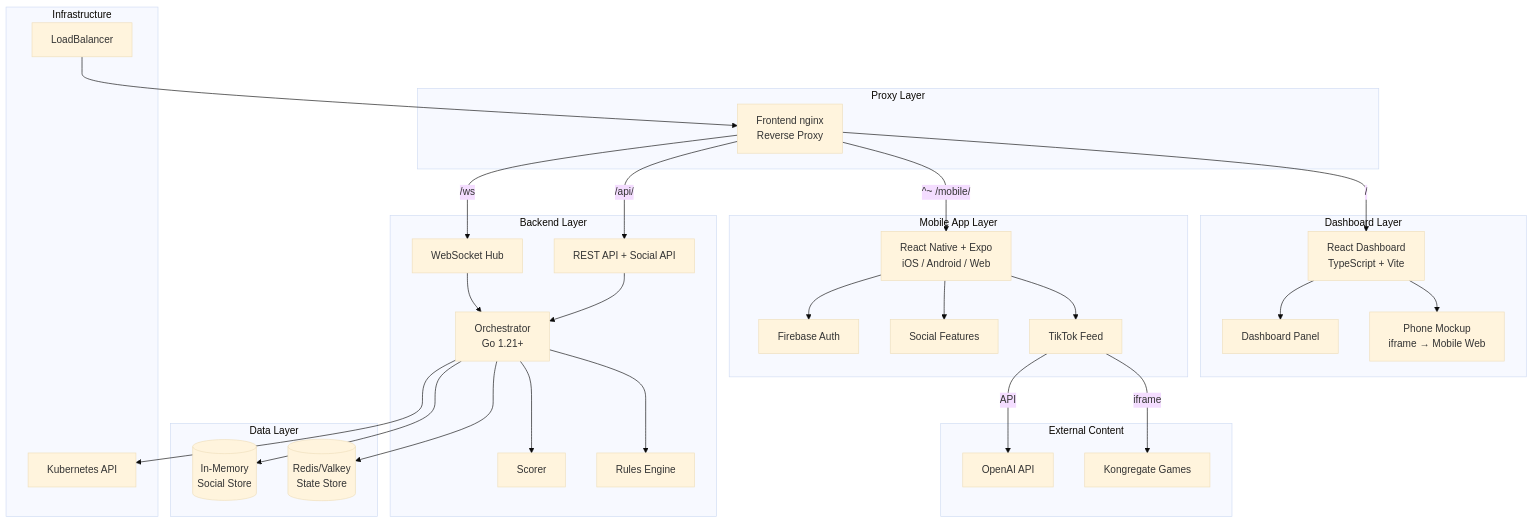
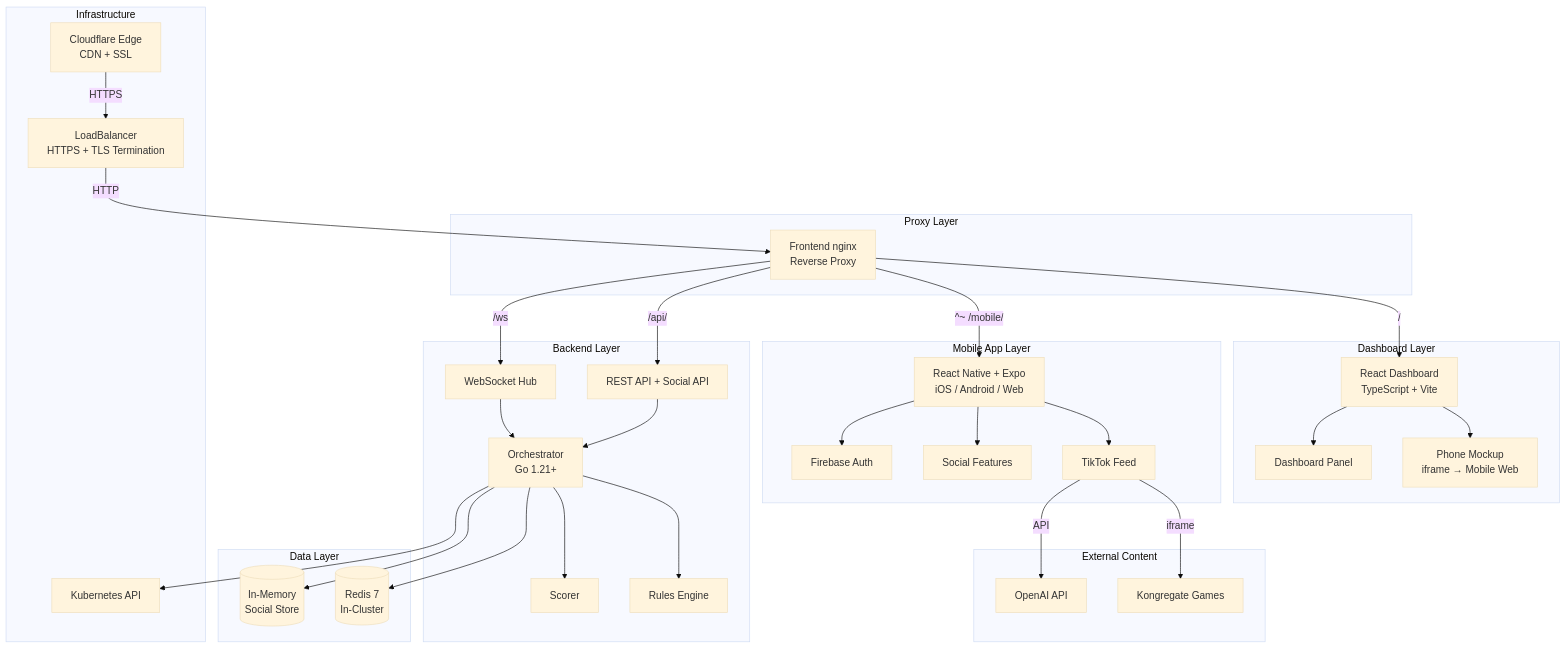
Before and after one commit to ChanMeng666/gavigo: the first of 7 diagrams in README.md, drawn with Mermaid (base theme). The commit also changed other lines of this file and 4 other files, not shown here.

First line of the commit message:
feat: configure HTTPS with Cloudflare Origin CA and DO Load Balancer

````diff
--- a/README.md
+++ b/README.md
@@ -89,64 +89,66 @@
 ```mermaid
 graph TB
     subgraph "Mobile App Layer"
         MA[React Native + Expo<br/>iOS / Android / Web]
         FEED[TikTok Feed]
         SOCIAL[Social Features]
         AUTH[Firebase Auth]
     end
 
     subgraph "Dashboard Layer"
         FE[React Dashboard<br/>TypeScript + Vite]
         PHONE[Phone Mockup<br/>iframe → Mobile Web]
         DASH[Dashboard Panel]
     end
 
     subgraph "Proxy Layer"
         NGINX[Frontend nginx<br/>Reverse Proxy]
     end
 
     subgraph "Backend Layer"
         ORCH[Orchestrator<br/>Go 1.21+]
         WS[WebSocket Hub]
         API[REST API + Social API]
         ENGINE[Rules Engine]
         SCORER[Scorer]
     end
 
     subgraph "Data Layer"
-        REDIS[(Redis/Valkey<br/>State Store)]
+        REDIS[(Redis 7<br/>In-Cluster)]
         MEMSOCIAL[(In-Memory<br/>Social Store)]
     end
 
     subgraph "External Content"
         KG[Kongregate Games]
         OAI[OpenAI API]
     end
 
     subgraph "Infrastructure"
         K8S[Kubernetes API]
-        LB[LoadBalancer]
+        LB[LoadBalancer<br/>HTTPS + TLS Termination]
+        CF_EDGE[Cloudflare Edge<br/>CDN + SSL]
     end
 
     MA --> FEED
     MA --> SOCIAL
     MA --> AUTH
     FE --> PHONE
     FE --> DASH
 
-    LB --> NGINX
+    CF_EDGE -->|HTTPS| LB
+    LB -->|HTTP| NGINX
     NGINX -->|/| FE
     NGINX -->|^~ /mobile/| MA
     NGINX -->|/api/| API
     NGINX -->|/ws| WS
 
     WS --> ORCH
     API --> ORCH
     ORCH --> ENGINE
     ORCH --> SCORER
     ORCH --> REDIS
     ORCH --> MEMSOCIAL
     ORCH --> K8S
     FEED -->|iframe| KG
     FEED -->|API| OAI
 ```
````
